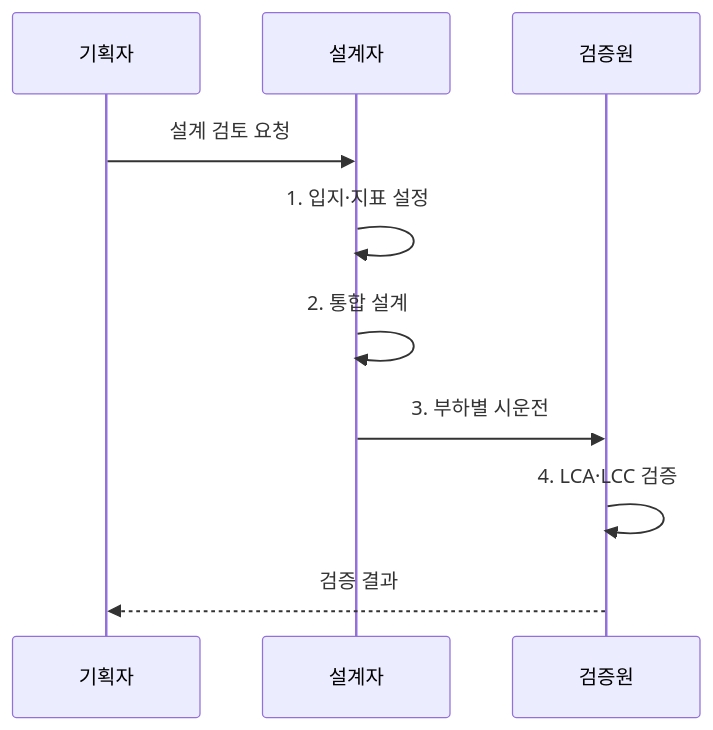
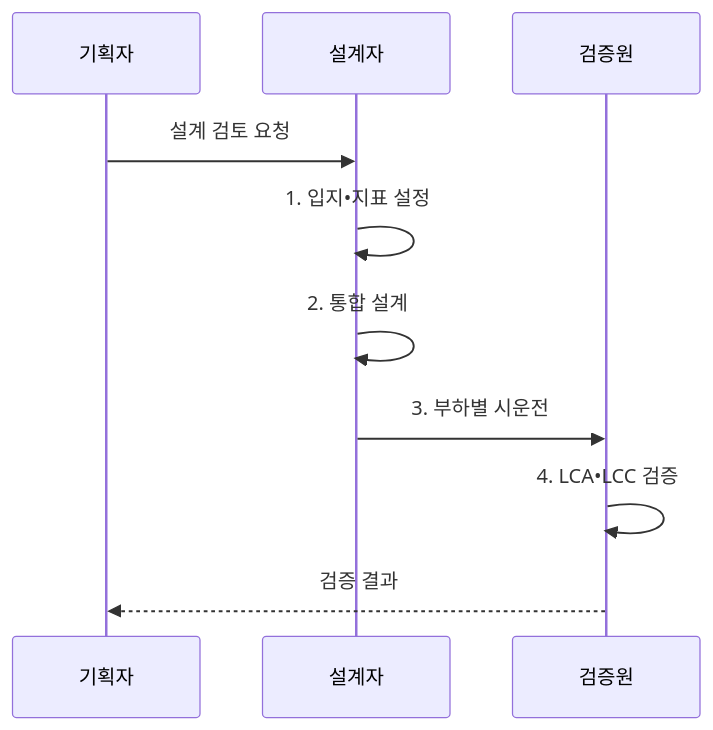
One commit to agnusdei1207/knowledge-base changed the second of 2 diagrams in src/content/docs/notes/06-evaluation/041_green_datacenter_design.md. Above: the diagram before and after it, drawn with Mermaid. The commit also changed other lines of this file and 953 other files, not shown here.

````diff
--- a/src/content/docs/notes/06-evaluation/041_green_datacenter_design.md
+++ b/src/content/docs/notes/06-evaluation/041_green_datacenter_design.md
@@ -103,12 +103,12 @@
 ```mermaid
 sequenceDiagram
     participant P as 기획자
     participant A as 설계자
     participant V as 검증원
     P->>A: 설계 검토 요청
-    A->>A: 1. 입지·지표 설정
+    A->>A: 1. 입지•지표 설정
     A->>A: 2. 통합 설계
     A->>V: 3. 부하별 시운전
-    V->>V: 4. LCA·LCC 검증
+    V->>V: 4. LCA•LCC 검증
     V-->>P: 검증 결과
 ```
````
